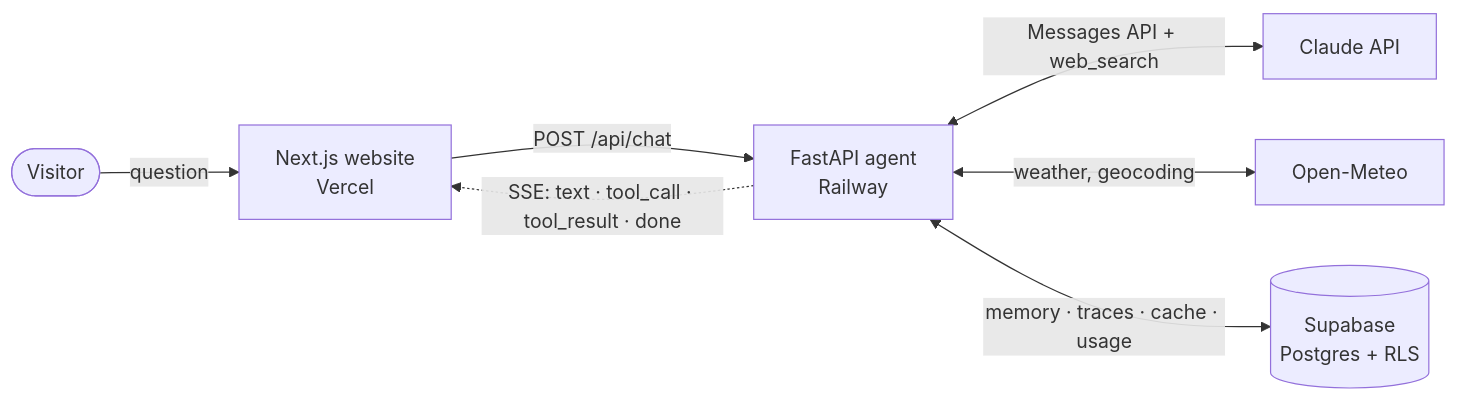
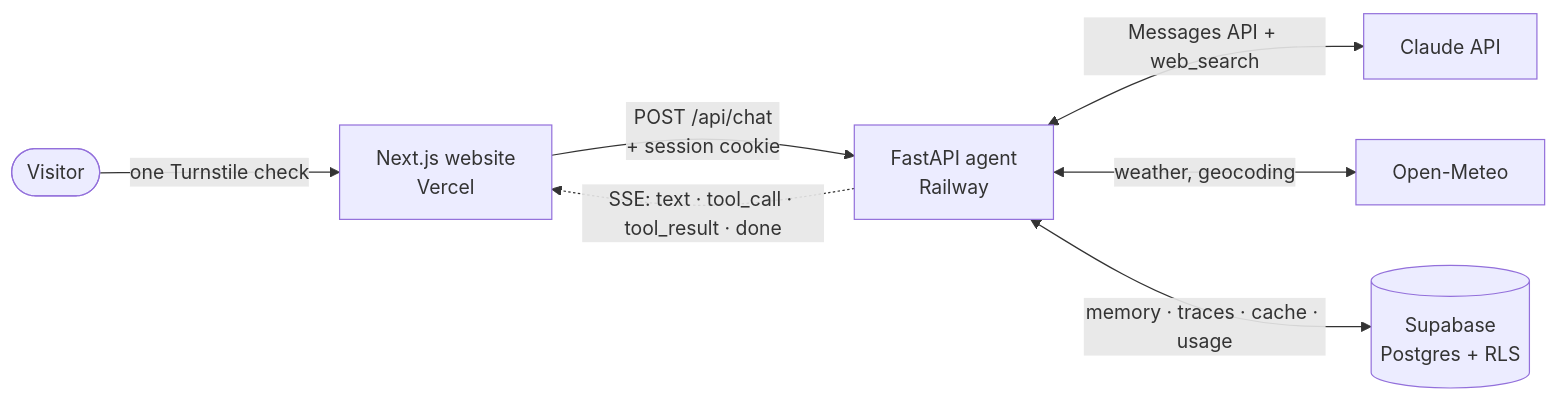
The first of 2 diagrams in README.md (aurimas13/Claude-Agent-From-Scratch), drawn with Mermaid before and after one commit. The commit also changed other lines of this file and 19 other files, not shown here.

````diff
--- a/README.md
+++ b/README.md
@@ -45,9 +111,9 @@
 ```mermaid
 flowchart LR
-    U([Visitor]) -->|question| W["Next.js website<br/>Vercel"]
-    W -->|POST /api/chat| A["FastAPI agent<br/>Railway"]
+    U([Visitor]) -->|one Turnstile check| W["Next.js website<br/>Vercel"]
+    W -->|"POST /api/chat<br/>+ session cookie"| A["FastAPI agent<br/>Railway"]
     A -. "SSE: text · tool_call · tool_result · done" .-> W
     A <-->|Messages API + web_search| C["Claude API"]
     A <-->|weather, geocoding| M["Open-Meteo"]
     A <-->|memory · traces · cache · usage| S[("Supabase<br/>Postgres + RLS")]
 ```
````
